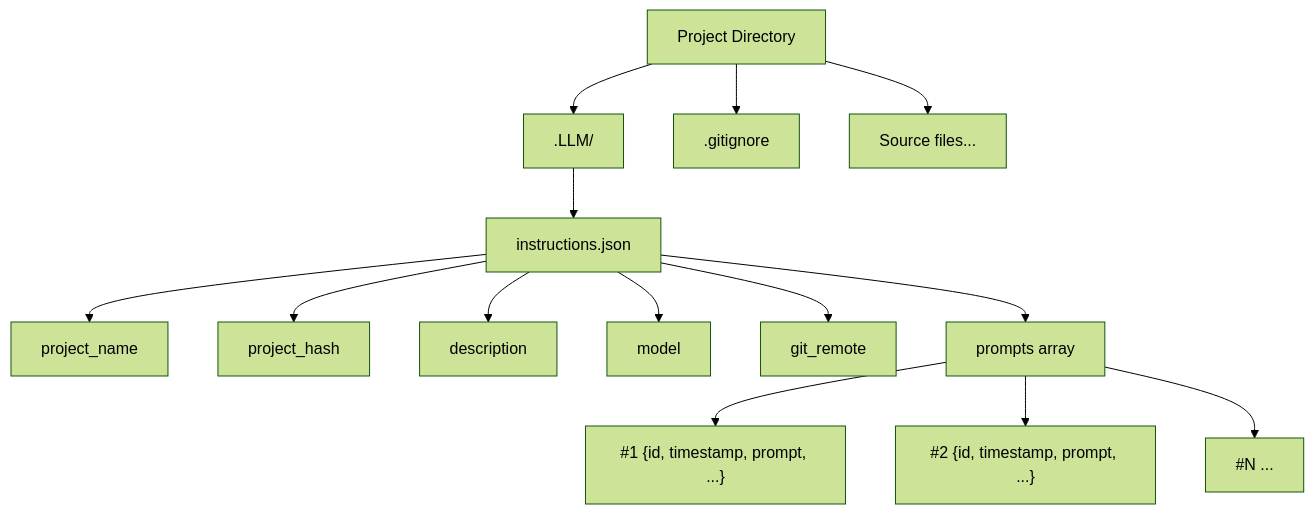
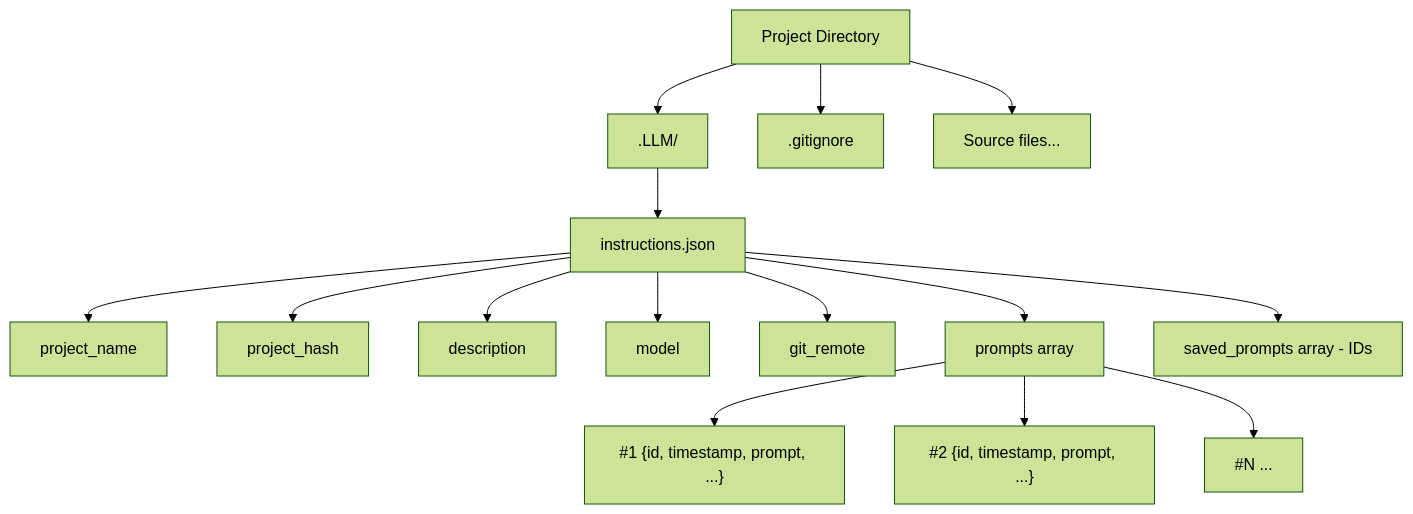
Before and after one commit to dkrse/vibe-coder: diagram 12 of 13 in docs/diagrams.md, drawn with Mermaid (forest theme). The commit also changed other lines of this file and 20 other files, not shown here.

````diff
--- a/docs/diagrams.md
+++ b/docs/diagrams.md
@@ -178,17 +338,18 @@
 ```mermaid
 graph TD
     Root[Project Directory] --> LLM[.LLM/]
     Root --> GI[.gitignore]
     Root --> SRC[Source files...]
     LLM --> IJ[instructions.json]
 
     IJ --> PN[project_name]
     IJ --> PH[project_hash]
     IJ --> DESC[description]
     IJ --> MODEL[model]
     IJ --> GR[git_remote]
     IJ --> PROMPTS[prompts array]
+    IJ --> SP[saved_prompts array - IDs]
     PROMPTS --> P1["#1 {id, timestamp, prompt, ...}"]
     PROMPTS --> P2["#2 {id, timestamp, prompt, ...}"]
     PROMPTS --> PN2["#N ..."]
 ```
````
